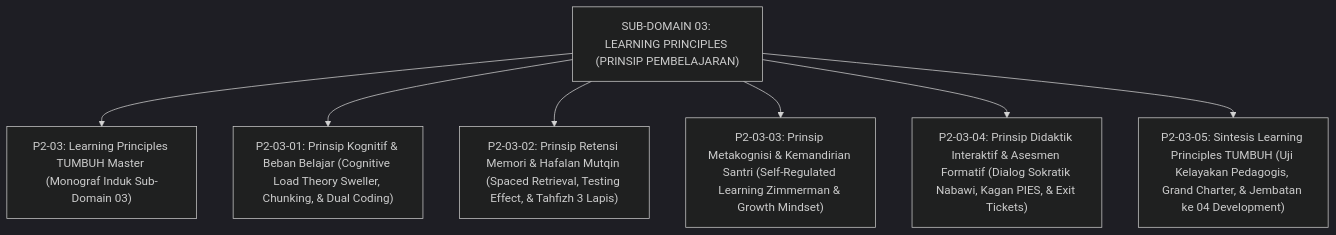
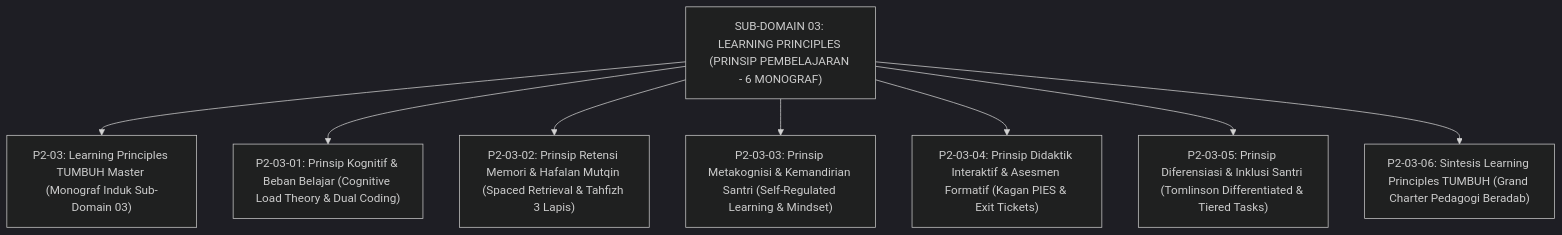
One commit to wandiapriliyandi/tumbuh changed the diagram in 02 Principles/03 Learning Principles/README.md. Above: the diagram before and after it, drawn with Mermaid (dark theme). The commit also changed other lines of this file and 32 other files, not shown here.

Commit message:
feat(principles): expand organically Domain 02 Principles with non-uniform deep monographs (62 files total, max 10/sub-domain)

````diff
--- a/02 Principles/03 Learning Principles/README.md
+++ b/02 Principles/03 Learning Principles/README.md
@@ -14,11 +14,12 @@
 ```mermaid
 graph TD
-    Learning["SUB-DOMAIN 03: LEARNING PRINCIPLES (PRINSIP PEMBELAJARAN)"]
+    Learning["SUB-DOMAIN 03: LEARNING PRINCIPLES (PRINSIP PEMBELAJARAN - 6 MONOGRAF)"]
     
     Learning --> Master["P2-03: Learning Principles TUMBUH Master (Monograf Induk Sub-Domain 03)"]
-    Learning --> M1["P2-03-01: Prinsip Kognitif & Beban Belajar (Cognitive Load Theory Sweller, Chunking, & Dual Coding)"]
-    Learning --> M2["P2-03-02: Prinsip Retensi Memori & Hafalan Mutqin (Spaced Retrieval, Testing Effect, & Tahfizh 3 Lapis)"]
-    Learning --> M3["P2-03-03: Prinsip Metakognisi & Kemandirian Santri (Self-Regulated Learning Zimmerman & Growth Mindset)"]
-    Learning --> M4["P2-03-04: Prinsip Didaktik Interaktif & Asesmen Formatif (Dialog Sokratik Nabawi, Kagan PIES, & Exit Tickets)"]
-    Learning --> M5["P2-03-05: Sintesis Learning Principles TUMBUH (Uji Kelayakan Pedagogis, Grand Charter, & Jembatan ke 04 Development)"]
+    Learning --> M1["P2-03-01: Prinsip Kognitif & Beban Belajar (Cognitive Load Theory & Dual Coding)"]
+    Learning --> M2["P2-03-02: Prinsip Retensi Memori & Hafalan Mutqin (Spaced Retrieval & Tahfizh 3 Lapis)"]
+    Learning --> M3["P2-03-03: Prinsip Metakognisi & Kemandirian Santri (Self-Regulated Learning & Mindset)"]
+    Learning --> M4["P2-03-04: Prinsip Didaktik Interaktif & Asesmen Formatif (Kagan PIES & Exit Tickets)"]
+    Learning --> M5["P2-03-05: Prinsip Diferensiasi & Inklusi Santri (Tomlinson Differentiated & Tiered Tasks)"]
+    Learning --> M6["P2-03-06: Sintesis Learning Principles TUMBUH (Grand Charter Pedagogi Beradab)"]
 ```
````
